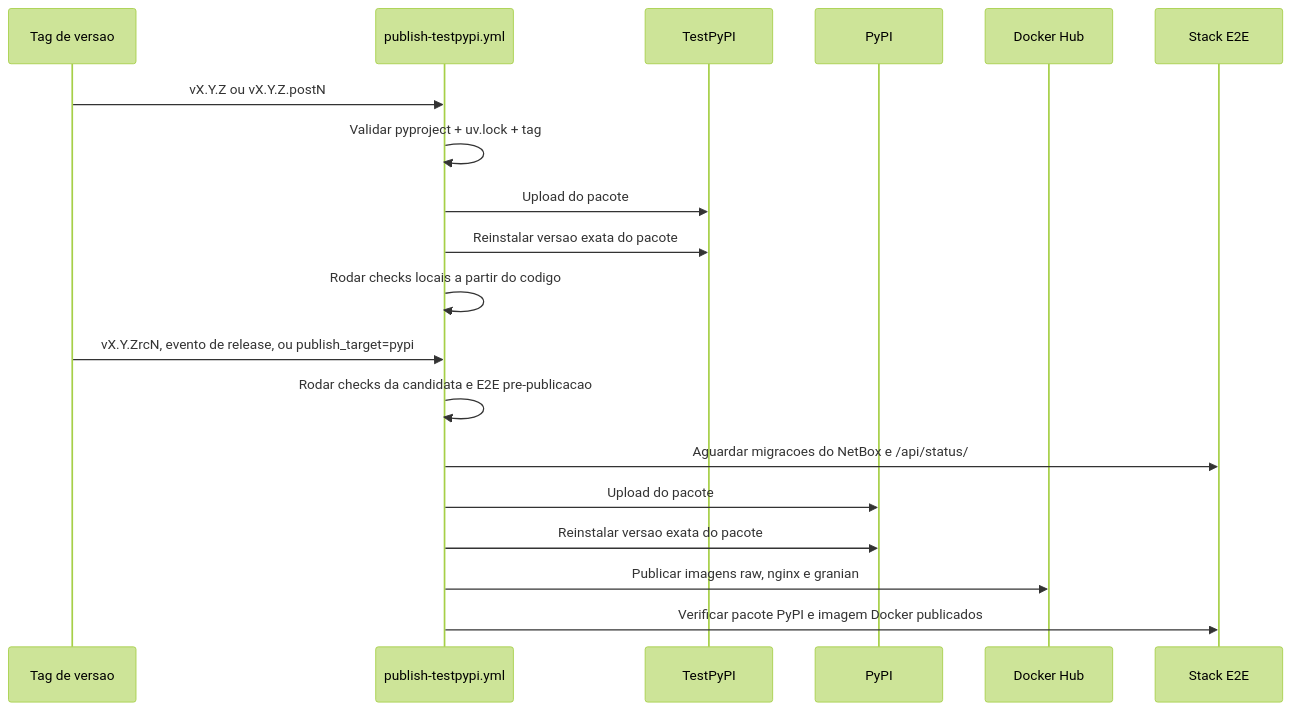
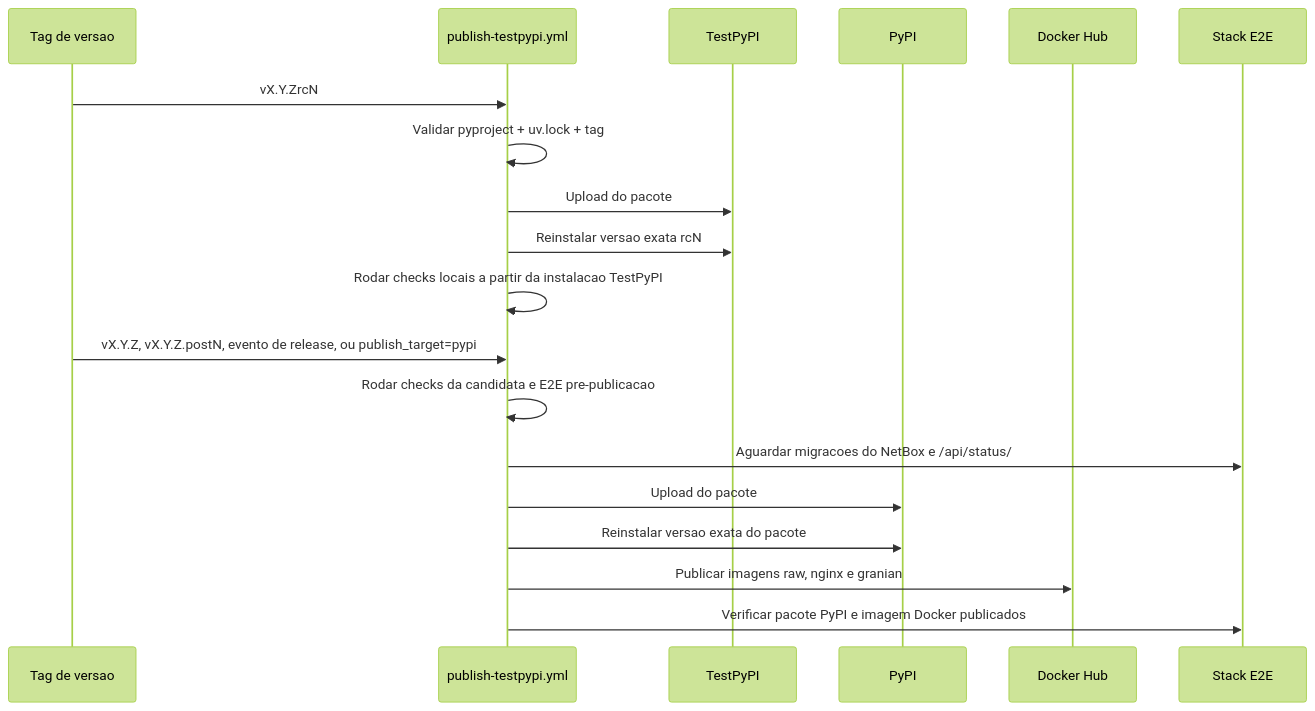
One commit to emersonfelipesp/proxbox-api changed the second of 2 diagrams in docs/pt-BR/development/release-publishing.md. Above: the diagram before and after it, drawn with Mermaid (forest theme). The commit also changed other lines of this file and 3 other files, not shown here.

First line of the commit message:
docs(release): flip publish convention to rcN -> TestPyPI, non-rc -> PyPI

````diff
--- a/docs/pt-BR/development/release-publishing.md
+++ b/docs/pt-BR/development/release-publishing.md
@@ -52,23 +43,23 @@
 ```mermaid
 sequenceDiagram
     participant Tag as Tag de versao
     participant WF as publish-testpypi.yml
     participant TP as TestPyPI
     participant PY as PyPI
     participant DH as Docker Hub
     participant E2E as Stack E2E
 
-    Tag->>WF: vX.Y.Z ou vX.Y.Z.postN
+    Tag->>WF: vX.Y.ZrcN
     WF->>WF: Validar pyproject + uv.lock + tag
     WF->>TP: Upload do pacote
-    WF->>TP: Reinstalar versao exata do pacote
-    WF->>WF: Rodar checks locais a partir do codigo
+    WF->>TP: Reinstalar versao exata rcN
+    WF->>WF: Rodar checks locais a partir da instalacao TestPyPI
 
-    Tag->>WF: vX.Y.ZrcN, evento de release, ou publish_target=pypi
+    Tag->>WF: vX.Y.Z, vX.Y.Z.postN, evento de release, ou publish_target=pypi
     WF->>WF: Rodar checks da candidata e E2E pre-publicacao
     WF->>E2E: Aguardar migracoes do NetBox e /api/status/
     WF->>PY: Upload do pacote
     WF->>PY: Reinstalar versao exata do pacote
     WF->>DH: Publicar imagens raw, nginx e granian
     WF->>E2E: Verificar pacote PyPI e imagem Docker publicados
 ```
````
